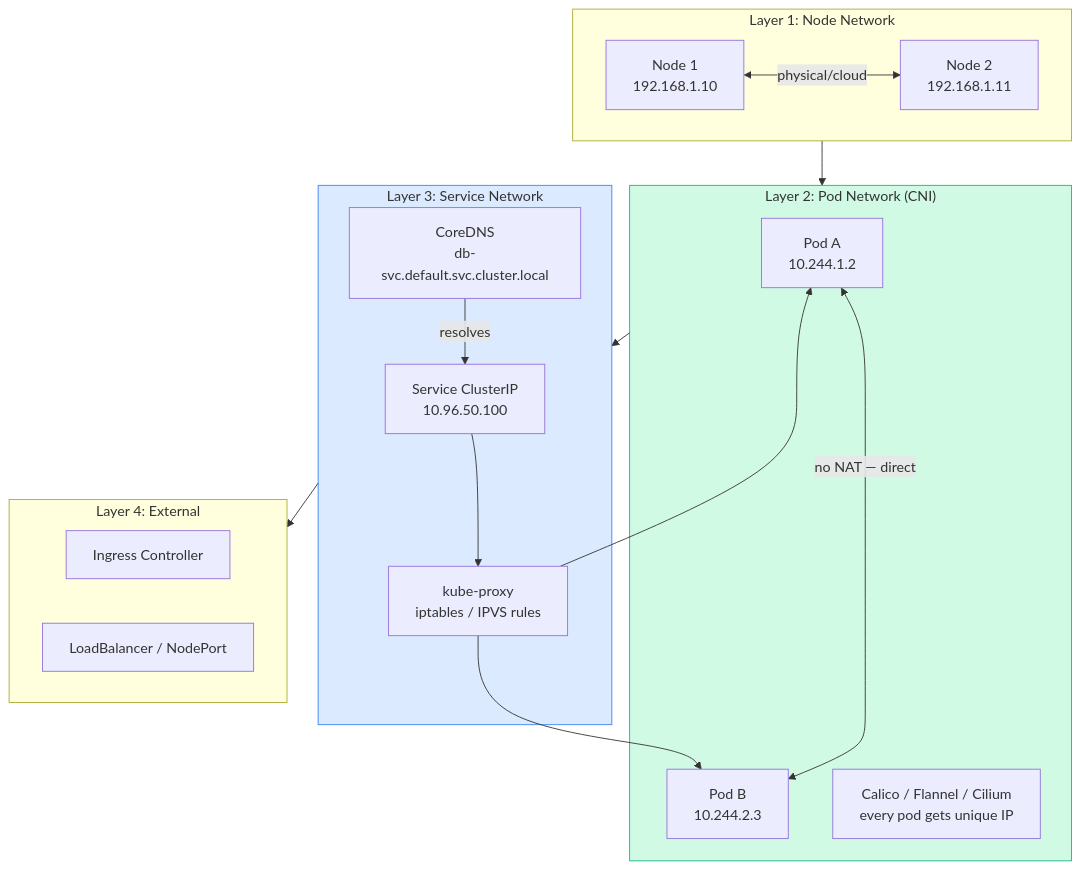
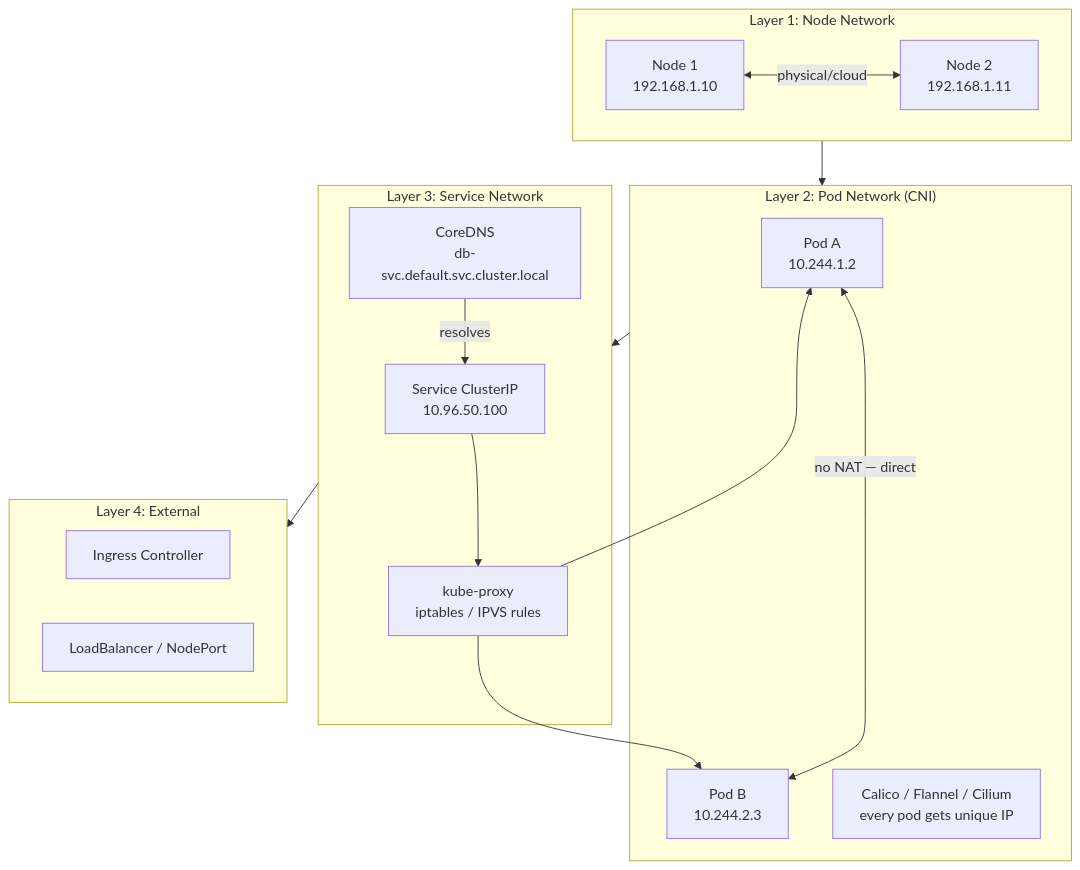
The first of 6 diagrams in content/cka/08-networking-services-dns-ingress-cni/overview/overview.md (Gautam4424/k8slearn-content), drawn with Mermaid before and after one commit. The commit also changed other lines of this file and 40 other files, not shown here.

Commit message:
chore: fix mermaid style regex

````diff
--- a/content/cka/08-networking-services-dns-ingress-cni/overview/overview.md
+++ b/content/cka/08-networking-services-dns-ingress-cni/overview/overview.md
@@ -327,26 +327,23 @@
 ```mermaid
 flowchart TD
     subgraph L1["Layer 1: Node Network"]
         N1["Node 1\n192.168.1.10"] <-->|physical/cloud| N2["Node 2\n192.168.1.11"]
     end
     subgraph L2["Layer 2: Pod Network (CNI)"]
         P1["Pod A\n10.244.1.2"] <-->|"no NAT — direct"| P2["Pod B\n10.244.2.3"]
         CNI["Calico / Flannel / Cilium\nevery pod gets unique IP"]
     end
     subgraph L3["Layer 3: Service Network"]
         SVC["Service ClusterIP\n10.96.50.100"]
         KP["kube-proxy\niptables / IPVS rules"]
         DNS["CoreDNS\ndb-svc.default.svc.cluster.local"]
     end
     subgraph L4["Layer 4: External"]
         ING["Ingress Controller"]
         LB["LoadBalancer / NodePort"]
     end
 
     L1 --> L2 --> L3 --> L4
     SVC --> KP --> P1 & P2
     DNS -->|resolves| SVC
-
-    style L2 fill:#d1fae5,stroke:#10b981
-    style L3 fill:#dbeafe,stroke:#3b82f6
 ```
````
